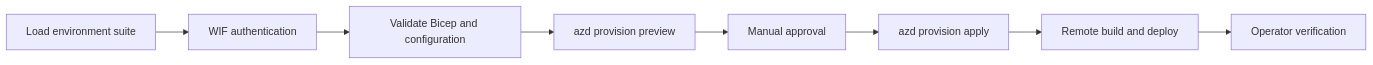
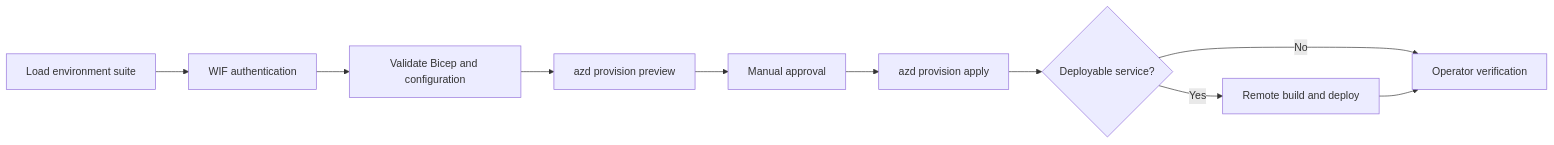
The second of 3 diagrams in tools/sdk-ai-bots/deployment/docs/deployment-architecture.md (Azure/azure-sdk-tools), drawn with Mermaid before and after one commit. The commit also changed other lines of this file and 20 other files, not shown here.

````diff
--- a/tools/sdk-ai-bots/deployment/docs/deployment-architecture.md
+++ b/tools/sdk-ai-bots/deployment/docs/deployment-architecture.md
@@ -62,10 +62,12 @@
 ```mermaid
 flowchart LR
     LOAD[Load environment suite] --> AUTH[WIF authentication]
     AUTH --> VALIDATE[Validate Bicep and configuration]
     VALIDATE --> PREVIEW[azd provision preview]
     PREVIEW --> APPROVE[Manual approval]
     APPROVE --> APPLY[azd provision apply]
-    APPLY --> DEPLOY[Remote build and deploy]
+    APPLY --> SCOPE{Deployable service?}
+    SCOPE -->|Yes| DEPLOY[Remote build and deploy]
+    SCOPE -->|No| VERIFY
     DEPLOY --> VERIFY[Operator verification]
 ```
````
